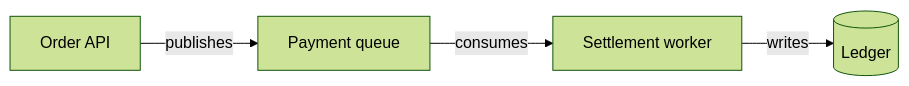
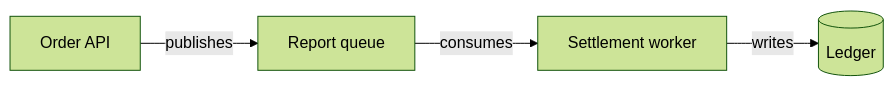
The first of 2 diagrams in skills/walkthrough/references/diagrams.md (4rankng/shipmate), drawn with Mermaid (forest theme) before and after one commit. The commit also changed other lines of this file and 137 other files, not shown here.

````diff
--- a/skills/walkthrough/references/diagrams.md
+++ b/skills/walkthrough/references/diagrams.md
@@ -35,6 +35,6 @@
 ```mermaid
 flowchart LR
-  API[Order API] -->|publishes| Q[Payment queue]
+  API[Order API] -->|publishes| Q[Report queue]
   Q -->|consumes| W[Settlement worker]
   W -->|writes| DB[(Ledger)]
 ```
````
